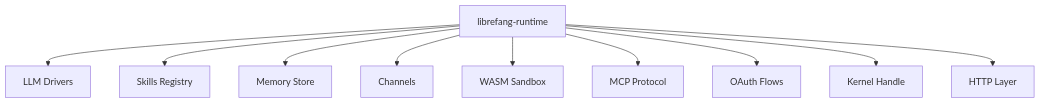
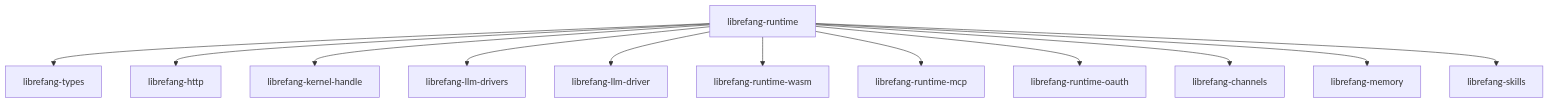
The diagram in other-librefang-runtime.md (leszek3737/librefang-WIki), drawn with Mermaid before and after one commit. The commit also changed other lines of this file and 94 other files, not shown here.

````diff
--- a/other-librefang-runtime.md
+++ b/other-librefang-runtime.md
@@ -11,12 +11,14 @@
 ```mermaid
 graph TD
-    RT[librefang-runtime] --> LLM[LLM Drivers]
-    RT --> SKILLS[Skills Registry]
-    RT --> MEM[Memory Store]
-    RT --> CH[Channels]
-    RT --> WASM[WASM Sandbox]
-    RT --> MCP[MCP Protocol]
-    RT --> OAUTH[OAuth Flows]
-    RT --> KH[Kernel Handle]
-    RT --> HTTP[HTTP Layer]
+    RT[librefang-runtime] --> TYPES[librefang-types]
+    RT --> HTTP[librefang-http]
+    RT --> KH[librefang-kernel-handle]
+    RT --> LLM_DRIVERS[librefang-llm-drivers]
+    RT --> LLM_DRV[librefang-llm-driver]
+    RT --> WASM[librefang-runtime-wasm]
+    RT --> MCP[librefang-runtime-mcp]
+    RT --> OAUTH[librefang-runtime-oauth]
+    RT --> CH[librefang-channels]
+    RT --> MEM[librefang-memory]
+    RT --> SK[librefang-skills]
 ```
````
